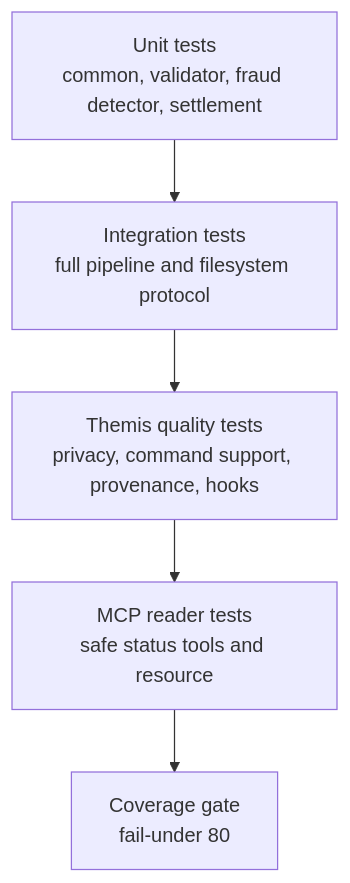
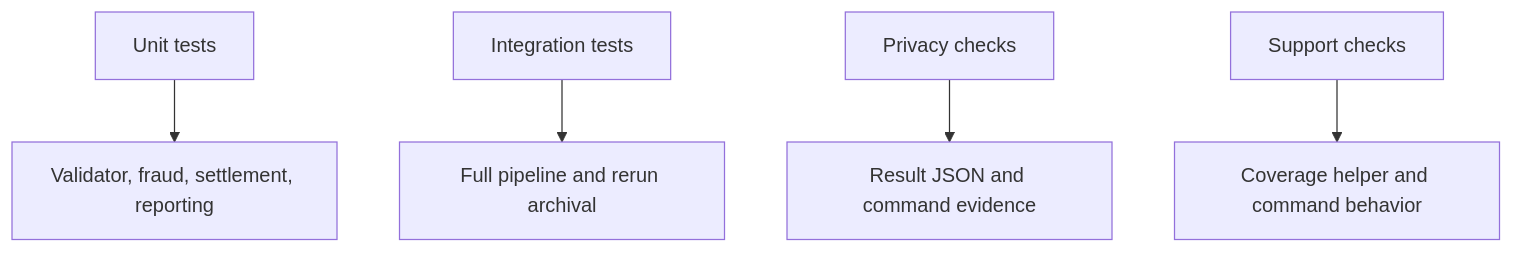
Before and after one commit to itxyzzz/gen-ai-se-hw: the diagram in homework-6/TESTING_GUIDE.md, drawn with Mermaid. The commit also changed other lines of this file and 222 other files, not shown here.

````diff
--- a/homework-6/TESTING_GUIDE.md
+++ b/homework-6/TESTING_GUIDE.md
@@ -17,7 +7,7 @@
 ```mermaid
 flowchart TB
-    Unit["Unit tests\ncommon, validator, fraud detector, settlement"] --> Integration["Integration tests\nfull pipeline and filesystem protocol"]
-    Integration --> Quality["Themis quality tests\nprivacy, command support, provenance, hooks"]
-    Quality --> MCP["MCP reader tests\nsafe status tools and resource"]
-    MCP --> Gate["Coverage gate\nfail-under 80"]
+    Unit["Unit tests"] --> Validator["Validator, fraud, settlement, reporting"]
+    Integration["Integration tests"] --> Pipeline["Full pipeline and rerun archival"]
+    Privacy["Privacy checks"] --> Results["Result JSON and command evidence"]
+    Support["Support checks"] --> Coverage["Coverage helper and command behavior"]
 ```
````
